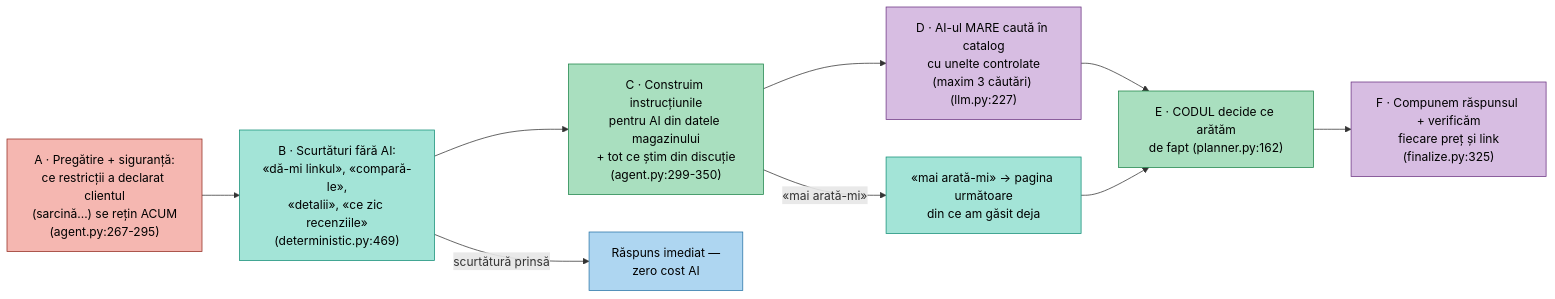
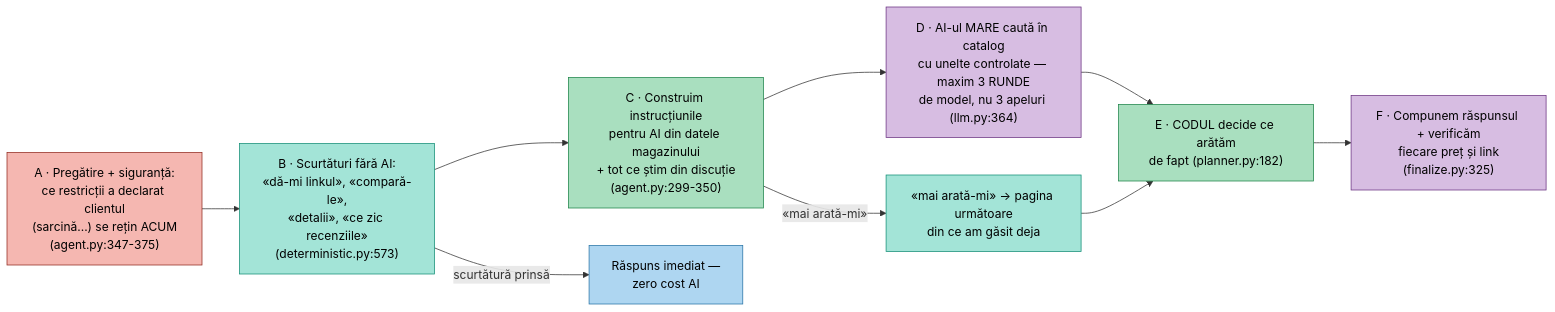
The diagram in docs/diagrams/04b-1-privirea-de-sus.mmd (AdiBoaru/Sales-Ass), drawn with Mermaid before and after one commit. The commit also changed 12 other files, not shown here.

```diff
--- a/docs/diagrams/04b-1-privirea-de-sus.mmd
+++ b/docs/diagrams/04b-1-privirea-de-sus.mmd
@@ -1,24 +1,24 @@
 %% GENERAT din docs/ARCHITECTURE-WORKFLOWS.md — nu edita doar aici.
 %% Regenerare: python scripts/export_diagrams.py
 %% Editare vizuală: https://mermaid.live (paste tot fișierul)
 %% Diagram 4b — Agent Stage Internals (fazele A–F după modularizare) · figura 1 (privirea-de-sus)
 flowchart LR
   classDef llm fill:#d7bde2,stroke:#6c3483,color:#000
   classDef free fill:#a3e4d7,stroke:#148f77,color:#000
   classDef step fill:#a9dfbf,stroke:#1e8449,color:#000
   classDef safe fill:#f5b7b1,stroke:#922b21,color:#000
   classDef out fill:#aed6f1,stroke:#2874a6,color:#000
 
-  A["A · Pregătire + siguranță:<br/>ce restricții a declarat clientul<br/>(sarcină...) se rețin ACUM<br/>(agent.py:267-295)"]:::safe
-  B["B · Scurtături fără AI:<br/>«dă-mi linkul», «compară-le»,<br/>«detalii», «ce zic recenziile»<br/>(deterministic.py:469)"]:::free
+  A["A · Pregătire + siguranță:<br/>ce restricții a declarat clientul<br/>(sarcină...) se rețin ACUM<br/>(agent.py:347-375)"]:::safe
+  B["B · Scurtături fără AI:<br/>«dă-mi linkul», «compară-le»,<br/>«detalii», «ce zic recenziile»<br/>(deterministic.py:573)"]:::free
   C["C · Construim instrucțiunile<br/>pentru AI din datele magazinului<br/>+ tot ce știm din discuție<br/>(agent.py:299-350)"]:::step
-  D["D · AI-ul MARE caută în catalog<br/>cu unelte controlate<br/>(maxim 3 căutări) (llm.py:227)"]:::llm
-  E["E · CODUL decide ce arătăm<br/>de fapt (planner.py:162)"]:::step
+  D["D · AI-ul MARE caută în catalog<br/>cu unelte controlate — maxim 3 RUNDE<br/>de model, nu 3 apeluri (llm.py:364)"]:::llm
+  E["E · CODUL decide ce arătăm<br/>de fapt (planner.py:182)"]:::step
   F["F · Compunem răspunsul + verificăm<br/>fiecare preț și link<br/>(finalize.py:325)"]:::llm
   X1["Răspuns imediat —<br/>zero cost AI"]:::out
   X2["«mai arată-mi» → pagina următoare<br/>din ce am găsit deja"]:::free
 
   A --> B
   B -- "scurtătură prinsă" --> X1
   B --> C --> D --> E --> F
   C -- "«mai arată-mi»" --> X2 --> E
```
